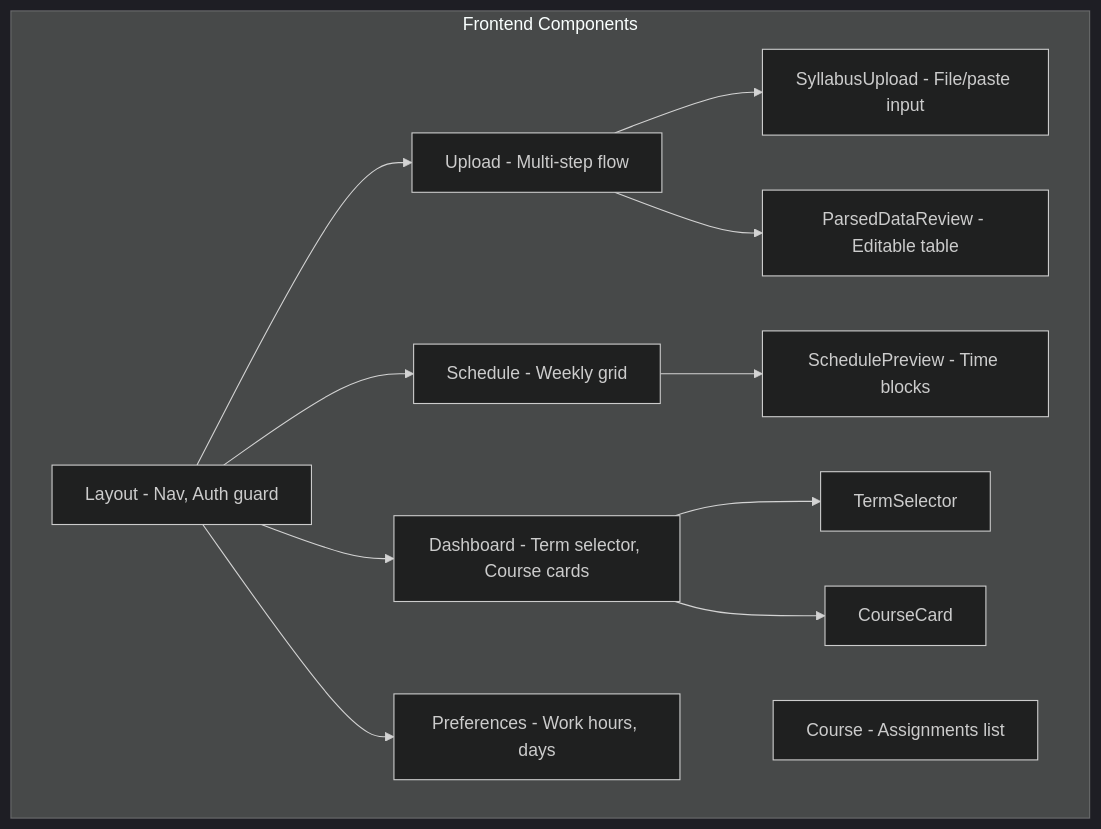
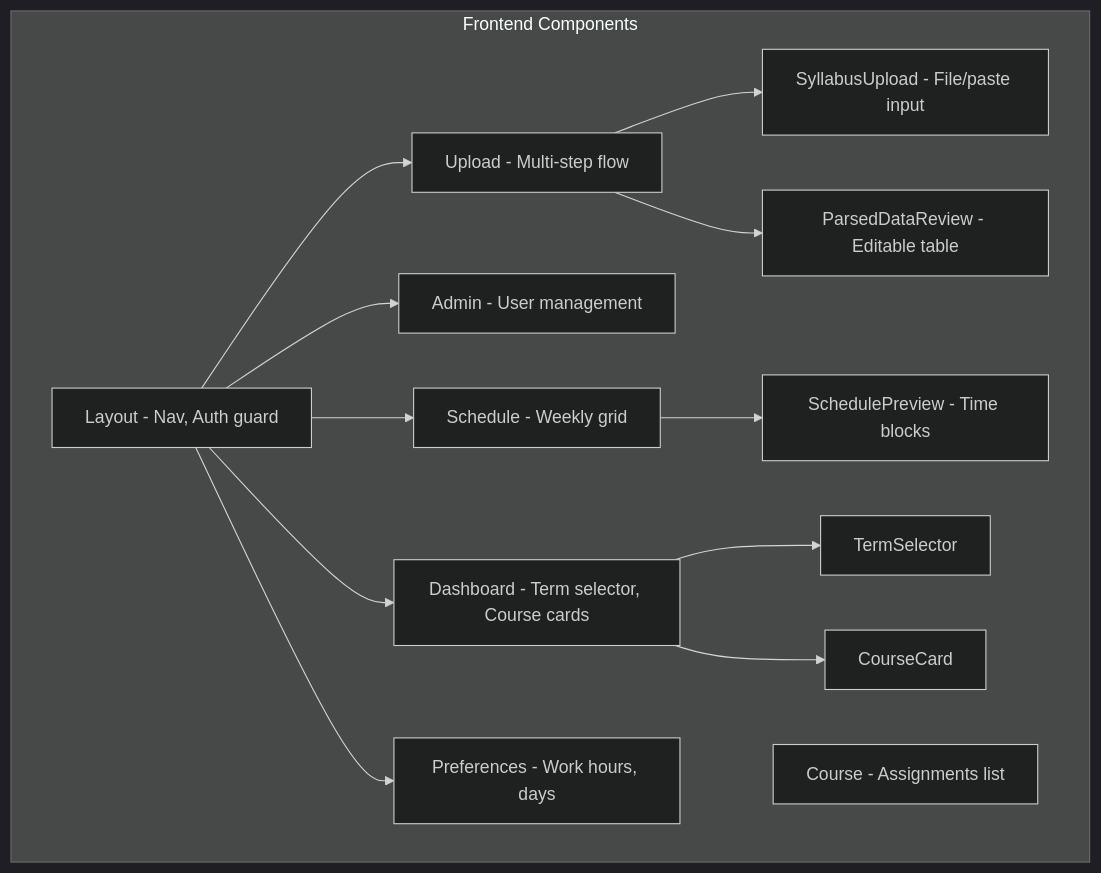
The third of 8 diagrams in docs/final-progress-report.md (cs-keni/syllabify), drawn with Mermaid (dark theme) before and after one commit. The commit also changed other lines of this file and 1 other file, not shown here.

````diff
--- a/docs/final-progress-report.md
+++ b/docs/final-progress-report.md
@@ -255,26 +261,28 @@
 ```mermaid
 flowchart TB
     subgraph FrontendComponents["Frontend Components"]
         Layout[Layout - Nav, Auth guard]
         Dashboard[Dashboard - Term selector, Course cards]
         Upload[Upload - Multi-step flow]
         SyllabusUpload[SyllabusUpload - File/paste input]
         ParsedDataReview[ParsedDataReview - Editable table]
         Schedule[Schedule - Weekly grid]
         SchedulePreview[SchedulePreview - Time blocks]
         Preferences[Preferences - Work hours, days]
         Course[Course - Assignments list]
+        Admin[Admin - User management]
         CourseCard[CourseCard]
         TermSelector[TermSelector]
     end
 
     Layout --> Dashboard
+    Layout --> Admin
     Layout --> Upload
     Layout --> Schedule
     Layout --> Preferences
     Upload --> SyllabusUpload
     Upload --> ParsedDataReview
     Schedule --> SchedulePreview
     Dashboard --> TermSelector
     Dashboard --> CourseCard
 ```
````
